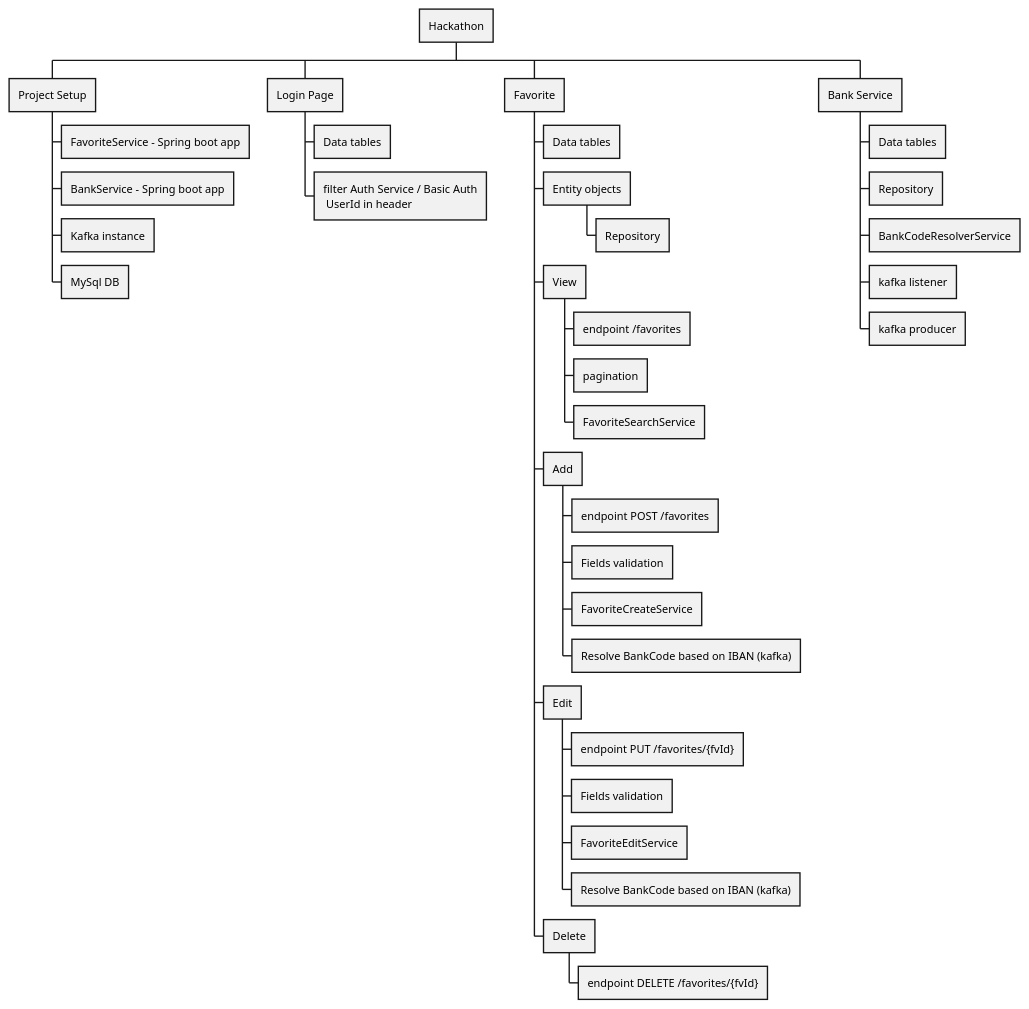
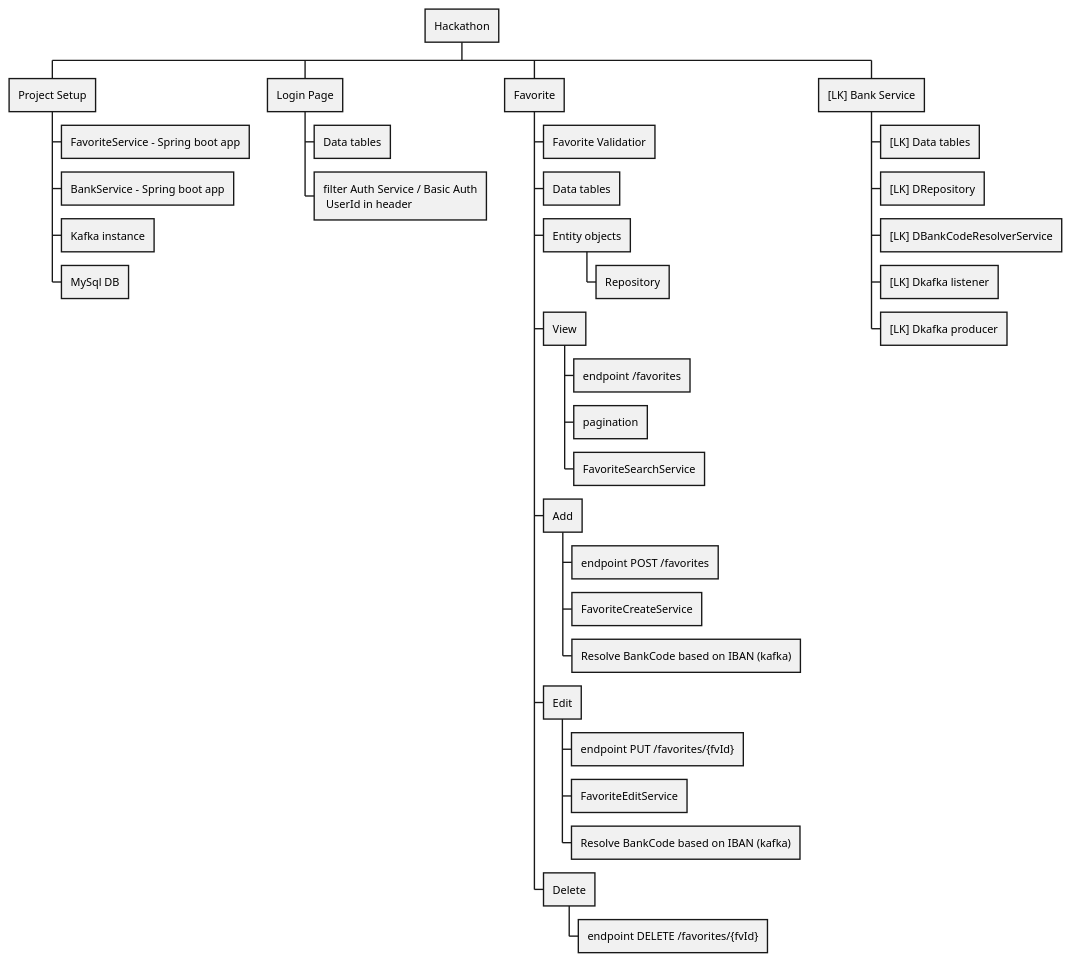
The diagram in WBS.puml (lookassh/hcl_hackathon), drawn with PlantUML before and after one commit.

Commit message:
rest API design

```diff
--- a/WBS.puml
+++ b/WBS.puml
@@ -1,40 +1,39 @@
 @startwbs
 'https://plantuml.com/wbs-diagram
 * Hackathon
 ** Project Setup
 *** FavoriteService - Spring boot app
 *** BankService - Spring boot app
 *** Kafka instance
 *** MySql DB
 ** Login Page
 *** Data tables
 *** filter Auth Service / Basic Auth\n UserId in header
 ** Favorite
+*** Favorite Validatior
 *** Data tables
 *** Entity objects
 **** Repository
 *** View
 **** endpoint /favorites
 **** pagination
 **** FavoriteSearchService
 *** Add
 **** endpoint POST /favorites
-**** Fields validation
 **** FavoriteCreateService
 **** Resolve BankCode based on IBAN (kafka)
 *** Edit
 **** endpoint PUT /favorites/{fvId}
-**** Fields validation
 **** FavoriteEditService
 **** Resolve BankCode based on IBAN (kafka)
 *** Delete
 **** endpoint DELETE /favorites/{fvId}
-** Bank Service
-*** Data tables
-*** Repository
-*** BankCodeResolverService
-*** kafka listener
-*** kafka producer
+** [LK] Bank Service
+*** [LK] Data tables
+*** [LK] DRepository
+*** [LK] DBankCodeResolverService
+*** [LK] Dkafka listener
+*** [LK] Dkafka producer
 
 
 @endwbs
```
